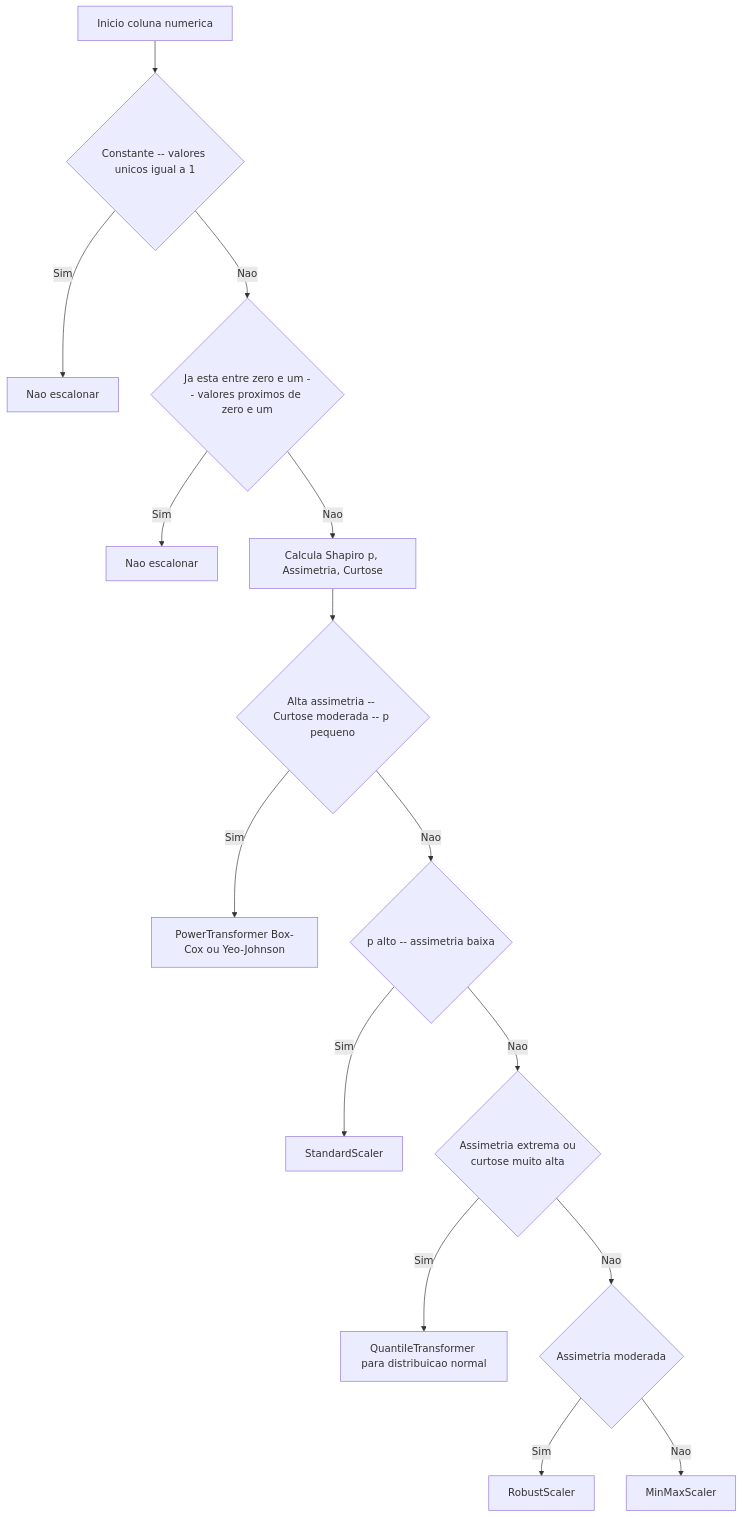
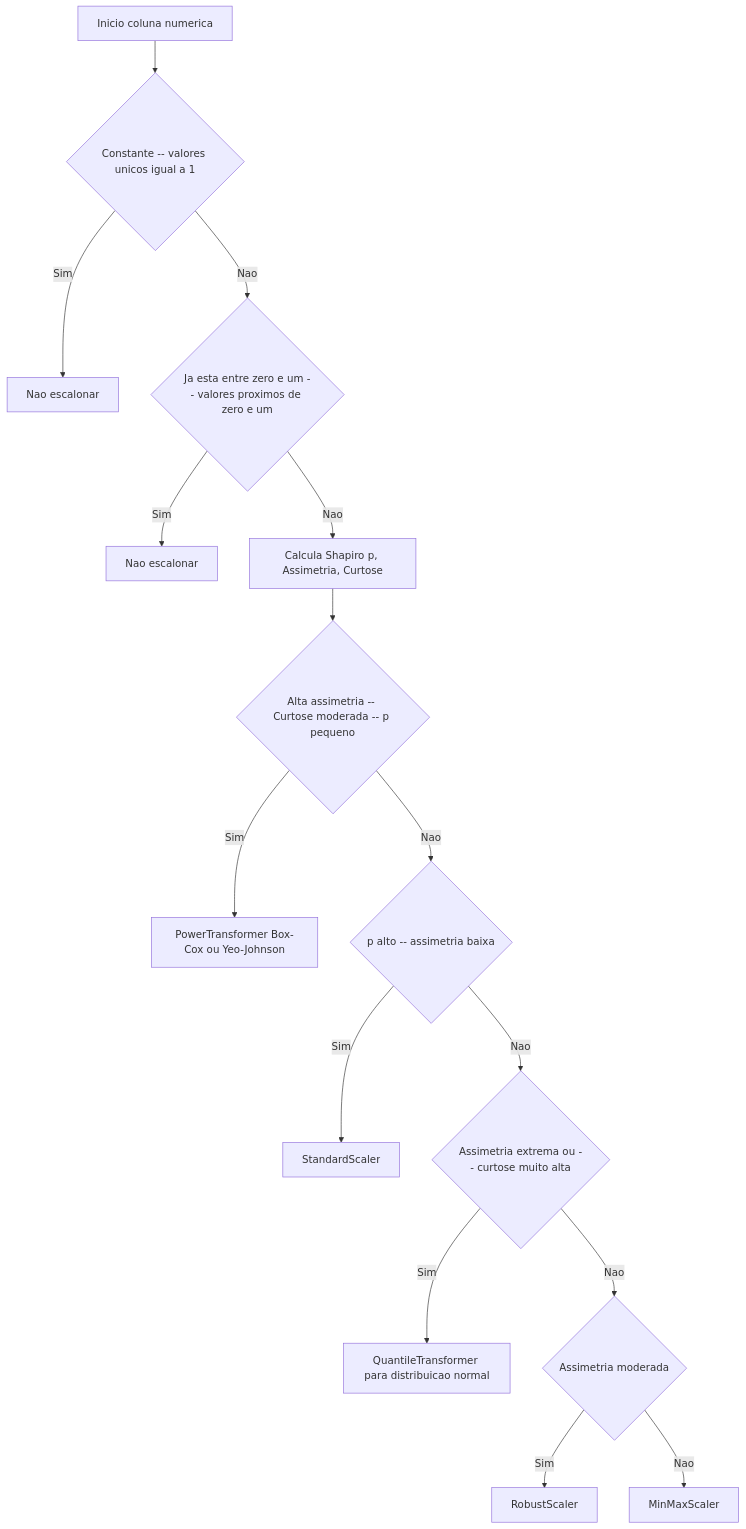
The diagram in README.md (joaaomaia/DynamicScaler), drawn with Mermaid before and after one commit.

Commit message:
readme.md

````diff
--- a/README.md
+++ b/README.md
@@ -92,17 +92,17 @@
 ```mermaid
 flowchart TD
     INICIO[Inicio coluna numerica] --> CONST{Constante -- valores unicos igual a 1}
     CONST -- Sim --> PASS1[Nao escalonar]
     CONST -- Nao --> R01{Ja esta entre zero e um -- valores proximos de zero e um}
     R01 -- Sim --> PASS2[Nao escalonar]
     R01 -- Nao --> METRICAS[Calcula Shapiro p, Assimetria, Curtose]
     METRICAS --> PTCOND{Alta assimetria -- Curtose moderada -- p pequeno}
     PTCOND -- Sim --> POWER[PowerTransformer Box-Cox ou Yeo-Johnson]
     PTCOND -- Nao --> NORMAL{p alto -- assimetria baixa}
     NORMAL -- Sim --> PADRAO[StandardScaler]
-    NORMAL -- Nao --> PESADA{Assimetria extrema ou\ncurtose muito alta}
+    NORMAL -- Nao --> PESADA{Assimetria extrema ou -- curtose muito alta}
     PESADA -- Sim --> QUANTIL[QuantileTransformer para distribuicao normal]
     PESADA -- Nao --> ROBUSTEZ{Assimetria moderada}
     ROBUSTEZ -- Sim --> ROBUSTO[RobustScaler]
     ROBUSTEZ -- Nao --> MINMAX[MinMaxScaler]
 ```
````
